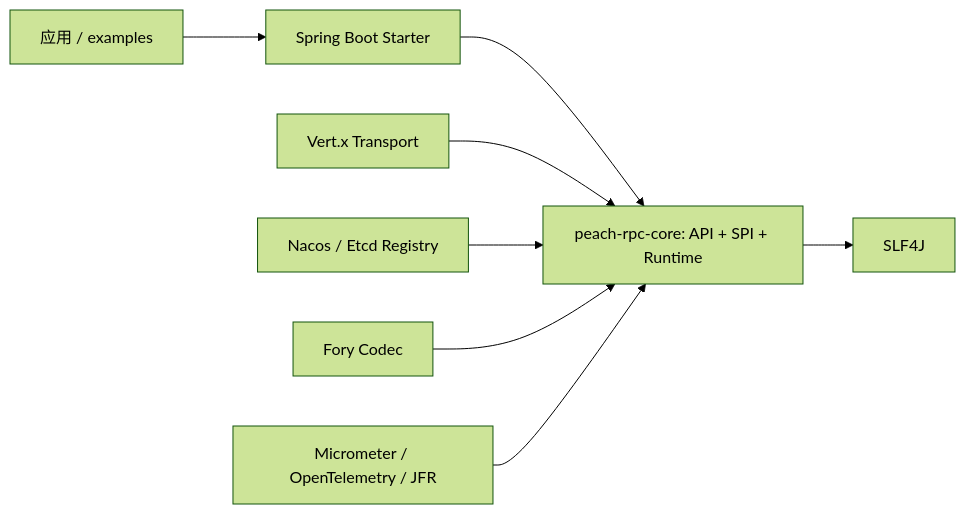
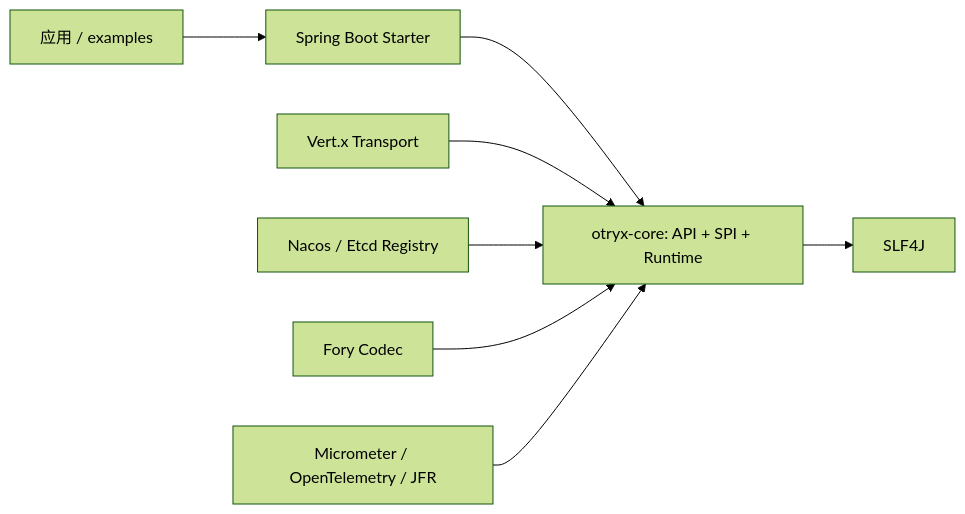
Before and after one commit to Ryan-Guizhou/peach-rpc: the diagram in docs/engineering/architecture-guardrails.md, drawn with Mermaid (forest theme). The commit also changed other lines of this file and 339 other files, not shown here.

```diff
--- a/docs/engineering/architecture-guardrails.md
+++ b/docs/engineering/architecture-guardrails.md
@@ -9,10 +9,10 @@
 ~~~mermaid
 flowchart LR
     App["应用 / examples"] --> Starter["Spring Boot Starter"]
-    Starter --> Core["peach-rpc-core: API + SPI + Runtime"]
+    Starter --> Core["otryx-core: API + SPI + Runtime"]
     Transport["Vert.x Transport"] --> Core
     Registry["Nacos / Etcd Registry"] --> Core
     Codec["Fory Codec"] --> Core
     Observability["Micrometer / OpenTelemetry / JFR"] --> Core
     Core --> SLF4J["SLF4J"]
 ~~~
```
